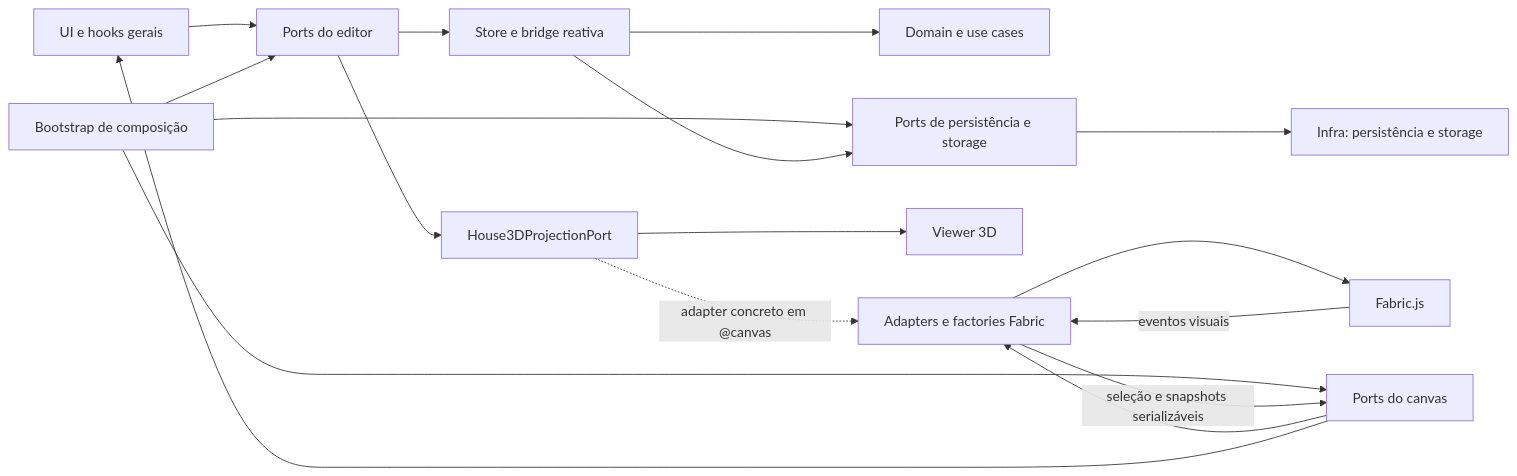
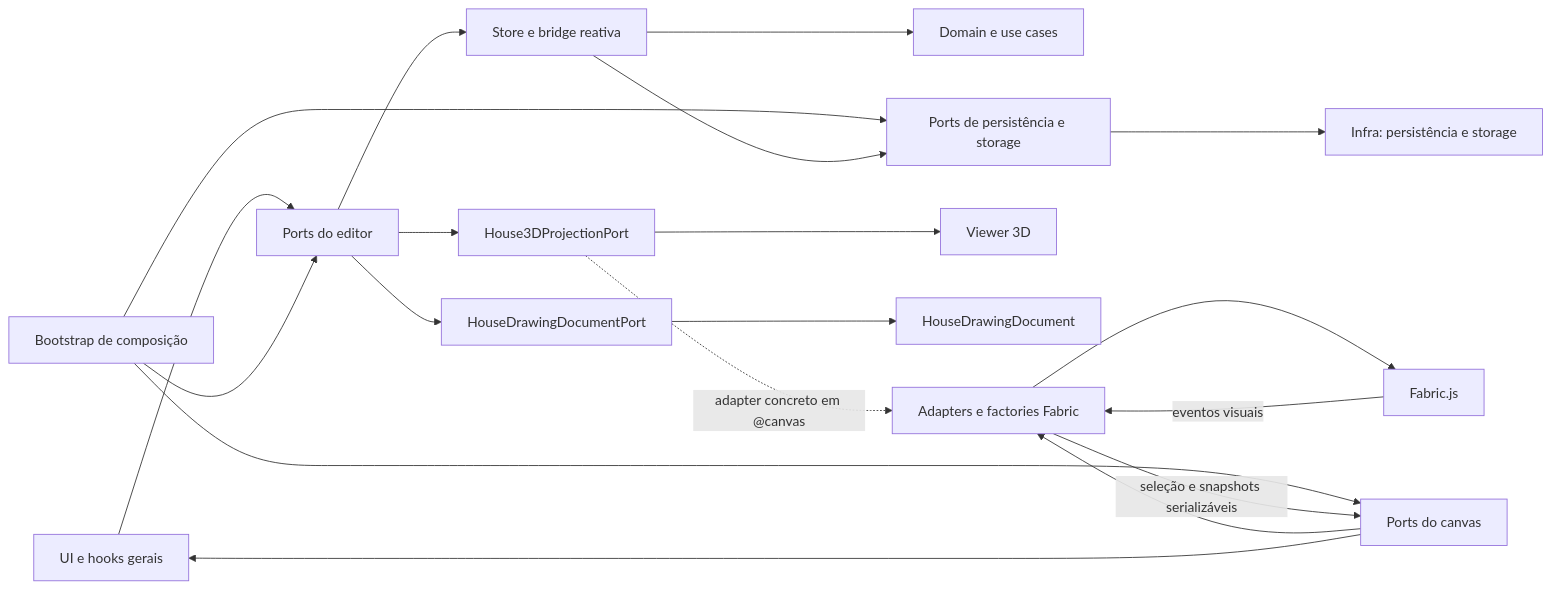
One commit to desiderati/rac-designer-teto changed the diagram in docs/engineering-playbook/PLAY-006-ports-and-adapters.md. Above: the diagram before and after it, drawn with Mermaid. The commit also changed other lines of this file and 20 other files, not shown here.

````diff
--- a/docs/engineering-playbook/PLAY-006-ports-and-adapters.md
+++ b/docs/engineering-playbook/PLAY-006-ports-and-adapters.md
@@ -104,31 +114,35 @@
 ```mermaid
 flowchart LR
     UI["UI e hooks gerais"]
     Ports["Ports do editor"]
     Store["Store e bridge reativa"]
     Domain["Domain e use cases"]
     Bootstrap["Bootstrap de composição"]
     CanvasPorts["Ports do canvas"]
     FabricAdapters["Adapters e factories Fabric"]
     Fabric["Fabric.js"]
     Projection3D["House3DProjectionPort"]
     Viewer3D["Viewer 3D"]
+    HouseDocument["HouseDrawingDocument"]
+    DocumentPort["HouseDrawingDocumentPort"]
     InfraPorts["Ports de persistência e storage"]
     Infra["Infra: persistência e storage"]
     UI --> Ports
     Ports --> Store
     Store --> Domain
     Bootstrap --> Ports
     Bootstrap --> CanvasPorts
     Bootstrap --> InfraPorts
     CanvasPorts --> FabricAdapters
     FabricAdapters --> Fabric
     Store --> InfraPorts
     InfraPorts --> Infra
     Ports --> Projection3D
+    Ports --> DocumentPort
+    DocumentPort --> HouseDocument
     Projection3D --> Viewer3D
     Projection3D -.->|"adapter concreto em @canvas"| FabricAdapters
     Fabric -- " eventos visuais " --> FabricAdapters
     FabricAdapters -- " seleção e snapshots serializáveis " --> CanvasPorts
     CanvasPorts --> UI
 ```
````
